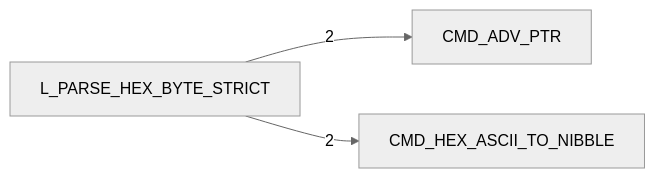
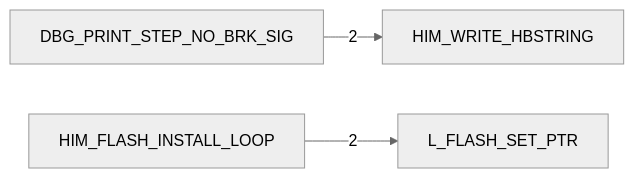
The fifth of 6 diagrams in DOC/GENERATED/HIMON_COMMAND_MAP.md (95westus/R-YORS), drawn with Mermaid (neutral theme) before and after one commit. The commit also changed other lines of this file and 25 other files, not shown here.

````diff
--- a/DOC/GENERATED/HIMON_COMMAND_MAP.md
+++ b/DOC/GENERATED/HIMON_COMMAND_MAP.md
@@ -78,5 +78,5 @@
 ```mermaid
 flowchart LR
-    N_L_PARSE_HEX_BYTE_STRICT[L_PARSE_HEX_BYTE_STRICT] -->|2| N_CMD_ADV_PTR[CMD_ADV_PTR]
-    N_L_PARSE_HEX_BYTE_STRICT[L_PARSE_HEX_BYTE_STRICT] -->|2| N_CMD_HEX_ASCII_TO_NIBBLE[CMD_HEX_ASCII_TO_NIBBLE]
+    N_DBG_PRINT_STEP_NO_BRK_SIG[DBG_PRINT_STEP_NO_BRK_SIG] -->|2| N_HIM_WRITE_HBSTRING[HIM_WRITE_HBSTRING]
+    N_HIM_FLASH_INSTALL_LOOP[HIM_FLASH_INSTALL_LOOP] -->|2| N_L_FLASH_SET_PTR[L_FLASH_SET_PTR]
 ```
````
